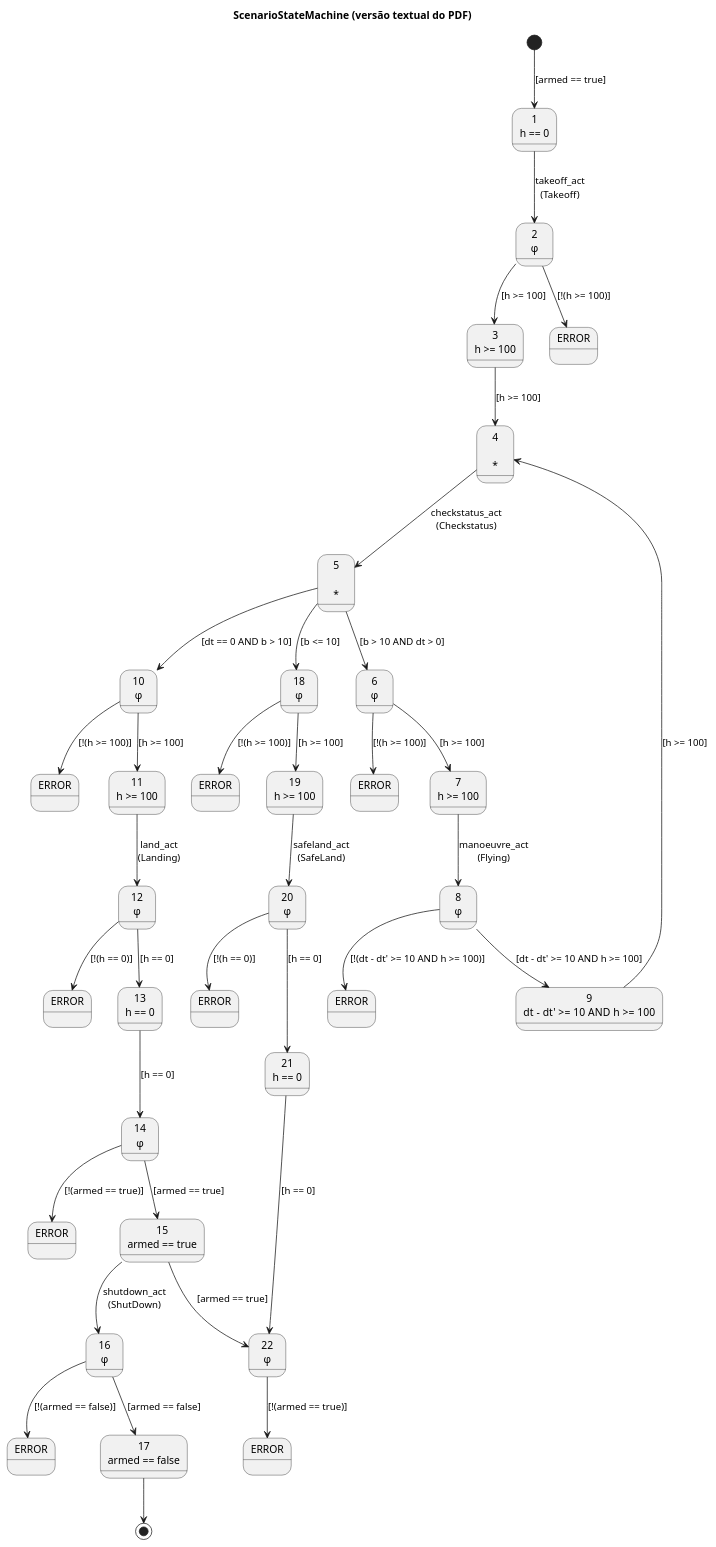
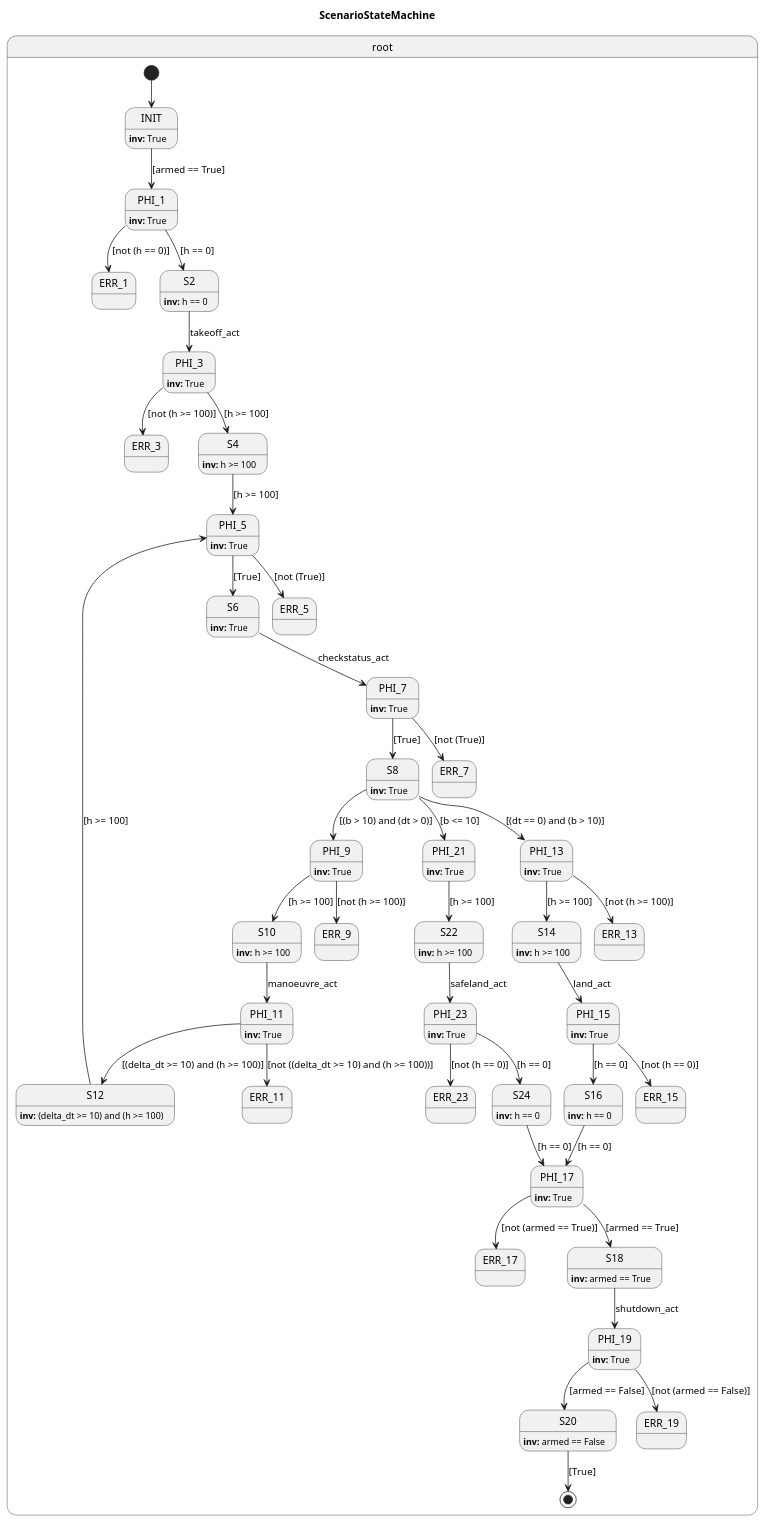
Before and after one commit to lucasvieira123/unexpected_scenario_handling_system: the diagram in laboratory/scenario_state_machine.puml, drawn with PlantUML. The commit also changed 11 other files, not shown here.

```diff
--- a/laboratory/scenario_state_machine.puml
+++ b/laboratory/scenario_state_machine.puml
@@ -1,109 +1,105 @@
 @startuml
-title ScenarioStateMachine (versão textual do PDF)
-
-state "1\nh == 0" as S1
-state "2\nφ" as S2
-state "3\nh >= 100" as S3
-
-state "4\n\n*" as S4
-state "5\n\n*" as S5
-
-state "6\nφ" as S6
-state "7\nh >= 100" as S7
-state "8\nφ" as S8
-
-state "9\ndt - dt' >= 10  AND h >= 100" as S9
-
-state "10\nφ" as S10
-state "11\nh >= 100" as S11
-state "12\nφ" as S12
-state "13\nh == 0" as S13
-
-state "14\nφ" as S14
-state "15\narmed == true" as S15
-state "16\nφ" as S16
-state "17\narmed == false" as S17
-
-state "18\nφ" as S18
-state "19\nh >= 100" as S19
-state "20\nφ" as S20
-state "21\nh == 0" as S21
-
-state "22\nφ" as S22
-
-' ===== estados de erro locais (todos rotulados como ERROR) =====
-state "ERROR" as ERR_2
-state "ERROR" as ERR_8
-state "ERROR" as ERR_6
-state "ERROR" as ERR_10
-state "ERROR" as ERR_12
-state "ERROR" as ERR_14
-state "ERROR" as ERR_16
-state "ERROR" as ERR_18
-state "ERROR" as ERR_20
-state "ERROR" as ERR_22
-
-
-[*] --> S1 : [armed == true]
-
-
-' -------- bloco decolagem --------
-S1 --> S2 : takeoff_act\n(Takeoff)
-
-S2 --> ERR_2 : [!(h >= 100)]
-S2 --> S3    : [h >= 100]
-
-S3 --> S4 : [h >= 100]
-
-
-' -------- checagem de status / manobra --------
-S4 --> S5 : checkstatus_act\n(Checkstatus)
-
-S5 --> S10 : [dt == 0 AND b > 10]
-
-S5 --> S18 : [b <= 10]
-
-S5 --> S6 : [b > 10 AND dt > 0]
-
-S6 --> ERR_6 : [!(h >= 100)]
-S6 --> S7    : [h >= 100]
-
-S7 --> S8    : manoeuvre_act\n(Flying)
-S8 --> S9 : [dt - dt' >= 10 AND h >= 100]
-S8 --> ERR_8 : [!(dt - dt' >= 10 AND h >= 100)]
-S9 --> S4 : [h >= 100]
-
-S10 --> ERR_10 : [!(h >= 100)]
-S10 --> S11    : [h >= 100]
-
-S11 --> S12 : land_act\n(Landing)
-
-S12 --> ERR_12 : [!(h == 0)]
-S12 --> S13    : [h == 0]
-
-S13 --> S14     : [h == 0]
-
-S14 --> ERR_14 : [!(armed == true)]
-S14 --> S15    : [armed == true]
-
-S15 --> S16 : shutdown_act\n(ShutDown)
-
-S16 --> ERR_16 : [!(armed == false)]
-S16 --> S17    : [armed == false]
-
-S17 --> [*]
-
-S18 --> ERR_18 : [!(h >= 100)]
-S18 --> S19    : [h >= 100]
-
-S19 --> S20 : safeland_act\n(SafeLand)
-
-S20 --> ERR_20 : [!(h == 0)]
-S20 --> S21    : [h == 0]
-
-S21 --> S22 : [h == 0]
-
-S15 --> S22     : [armed == true]
-S22 --> ERR_22 : [!(armed == true)]
-
+title ScenarioStateMachine
+state "root" as root {
+  [*] --> INIT
+  S20 --> [*] : [True]
+  state "ERR_23" as ERR23
+  state "ERR_19" as ERR19
+  state "ERR_17" as ERR17
+  state "ERR_15" as ERR15
+  state "ERR_13" as ERR13
+  state "ERR_11" as ERR11
+  state "ERR_9" as ERR9
+  state "ERR_7" as ERR7
+  state "ERR_5" as ERR5
+  state "ERR_3" as ERR3
+  state "ERR_1" as ERR1
+  state "S20" as S20
+S20 : **inv:** armed == False
+  state "PHI_19" as PHI19
+PHI19 : **inv:** True
+PHI19 --> S20 : [armed == False]
+PHI19 --> ERR19 : [not (armed == False)]
+  state "S18" as S18
+S18 : **inv:** armed == True
+S18 --> PHI19 : shutdown_act
+  state "PHI_17" as PHI17
+PHI17 : **inv:** True
+PHI17 --> S18 : [armed == True]
+PHI17 --> ERR17 : [not (armed == True)]
+  state "S24" as S24
+S24 : **inv:** h == 0
+S24 --> PHI17 : [h == 0]
+  state "PHI_23" as PHI23
+PHI23 : **inv:** True
+PHI23 --> S24 : [h == 0]
+PHI23 --> ERR23 : [not (h == 0)]
+  state "S22" as S22
+S22 : **inv:** h >= 100
+S22 --> PHI23 : safeland_act
+  state "PHI_21" as PHI21
+PHI21 : **inv:** True
+PHI21 --> S22 : [h >= 100]
+  state "S16" as S16
+S16 : **inv:** h == 0
+S16 --> PHI17 : [h == 0]
+  state "PHI_15" as PHI15
+PHI15 : **inv:** True
+PHI15 --> S16 : [h == 0]
+PHI15 --> ERR15 : [not (h == 0)]
+  state "S14" as S14
+S14 : **inv:** h >= 100
+S14 --> PHI15 : land_act
+  state "PHI_13" as PHI13
+PHI13 : **inv:** True
+PHI13 --> S14 : [h >= 100]
+PHI13 --> ERR13 : [not (h >= 100)]
+  state "S12" as S12
+S12 : **inv:** (delta_dt >= 10) and (h >= 100)
+S12 --> PHI5 : [h >= 100]
+  state "PHI_11" as PHI11
+PHI11 : **inv:** True
+PHI11 --> S12 : [(delta_dt >= 10) and (h >= 100)]
+PHI11 --> ERR11 : [not ((delta_dt >= 10) and (h >= 100))]
+  state "S10" as S10
+S10 : **inv:** h >= 100
+S10 --> PHI11 : manoeuvre_act
+  state "PHI_9" as PHI9
+PHI9 : **inv:** True
+PHI9 --> S10 : [h >= 100]
+PHI9 --> ERR9 : [not (h >= 100)]
+  state "S8" as S8
+S8 : **inv:** True
+S8 --> PHI9 : [(b > 10) and (dt > 0)]
+S8 --> PHI13 : [(dt == 0) and (b > 10)]
+S8 --> PHI21 : [b <= 10]
+  state "PHI_7" as PHI7
+PHI7 : **inv:** True
+PHI7 --> S8 : [True]
+PHI7 --> ERR7 : [not (True)]
+  state "S6" as S6
+S6 : **inv:** True
+S6 --> PHI7 : checkstatus_act
+  state "PHI_5" as PHI5
+PHI5 : **inv:** True
+PHI5 --> S6 : [True]
+PHI5 --> ERR5 : [not (True)]
+  state "S4" as S4
+S4 : **inv:** h >= 100
+S4 --> PHI5 : [h >= 100]
+  state "PHI_3" as PHI3
+PHI3 : **inv:** True
+PHI3 --> S4 : [h >= 100]
+PHI3 --> ERR3 : [not (h >= 100)]
+  state "S2" as S2
+S2 : **inv:** h == 0
+S2 --> PHI3 : takeoff_act
+  state "PHI_1" as PHI1
+PHI1 : **inv:** True
+PHI1 --> S2 : [h == 0]
+PHI1 --> ERR1 : [not (h == 0)]
+  state "INIT" as INIT
+INIT : **inv:** True
+INIT --> PHI1 : [armed == True]
+}
 @enduml
```
